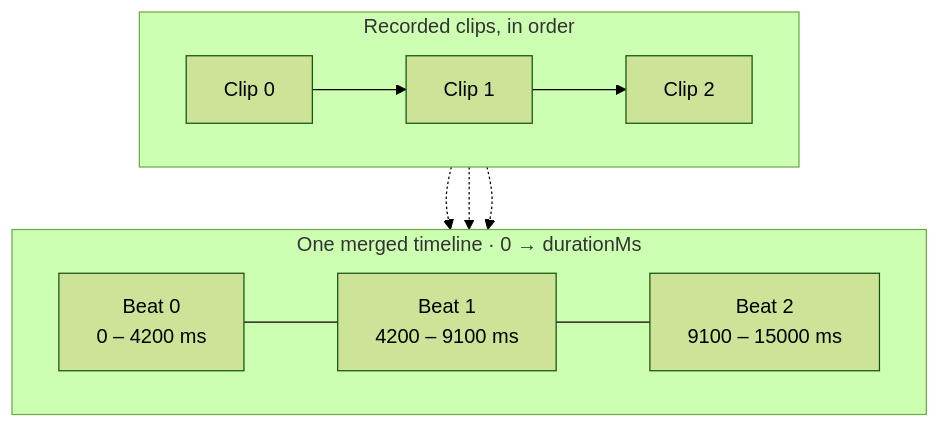
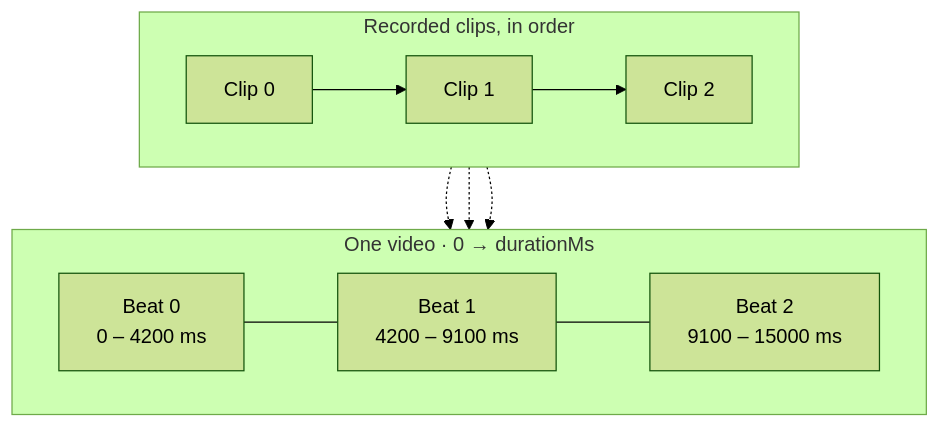
One commit to mieweb/pulse changed the second of 2 diagrams in README.md. Above: the diagram before and after it, drawn with Mermaid (forest theme). The commit also changed other lines of this file and 30 other files, not shown here.

````diff
--- a/README.md
+++ b/README.md
@@ -47,14 +47,14 @@
 ```mermaid
 flowchart TB
     subgraph clips["Recorded clips, in order"]
         direction LR
         s0["Clip 0"] --> s1["Clip 1"] --> s2["Clip 2"]
     end
-    subgraph tl["One merged timeline · 0 → durationMs"]
+    subgraph tl["One video · 0 → durationMs"]
         direction LR
         b0["Beat 0<br/>0 – 4200 ms"] --- b1["Beat 1<br/>4200 – 9100 ms"] --- b2["Beat 2<br/>9100 – 15000 ms"]
     end
     s0 -.-> b0
     s1 -.-> b1
     s2 -.-> b2
 ```
````
